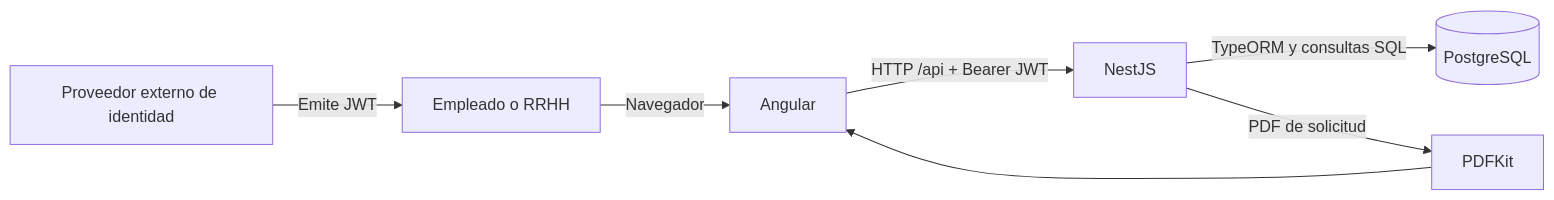
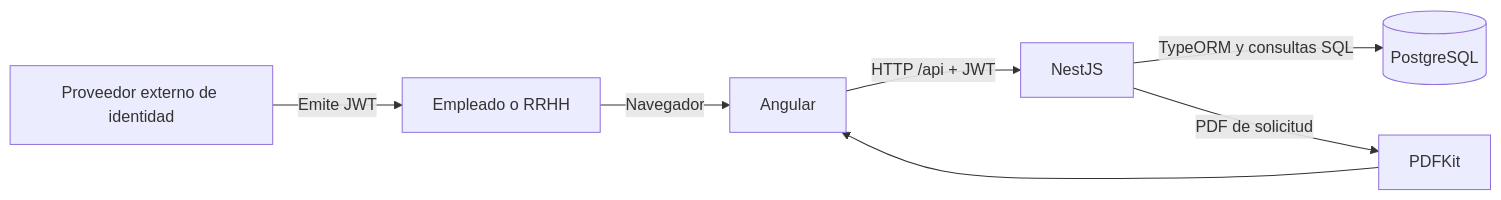
Before and after one commit to guardiasofia/pps-proyecto: the diagram in README.md, drawn with Mermaid. The commit also changed other lines of this file and 22 other files, not shown here.

````diff
--- a/README.md
+++ b/README.md
@@ -32,9 +32,9 @@
 ```mermaid
 flowchart LR
     U[Empleado o RRHH] -->|Navegador| FE[Angular]
-    FE -->|HTTP /api + Bearer JWT| API[NestJS]
+    FE -->|HTTP /api + JWT| API[NestJS]
     IDP[Proveedor externo de identidad] -->|Emite JWT| U
     API -->|TypeORM y consultas SQL| DB[(PostgreSQL)]
     API -->|PDF de solicitud| PDF[PDFKit]
     PDF --> FE
 ```
````
